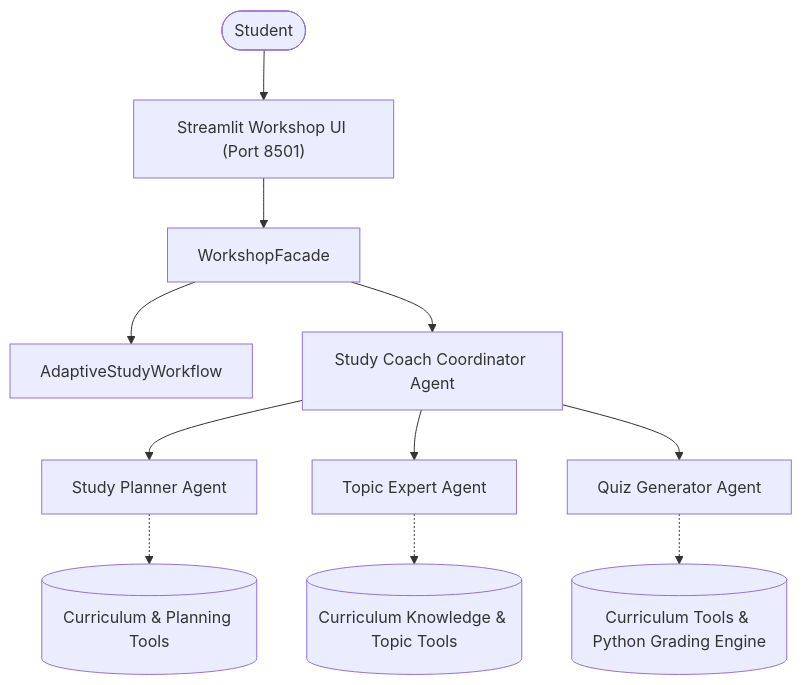
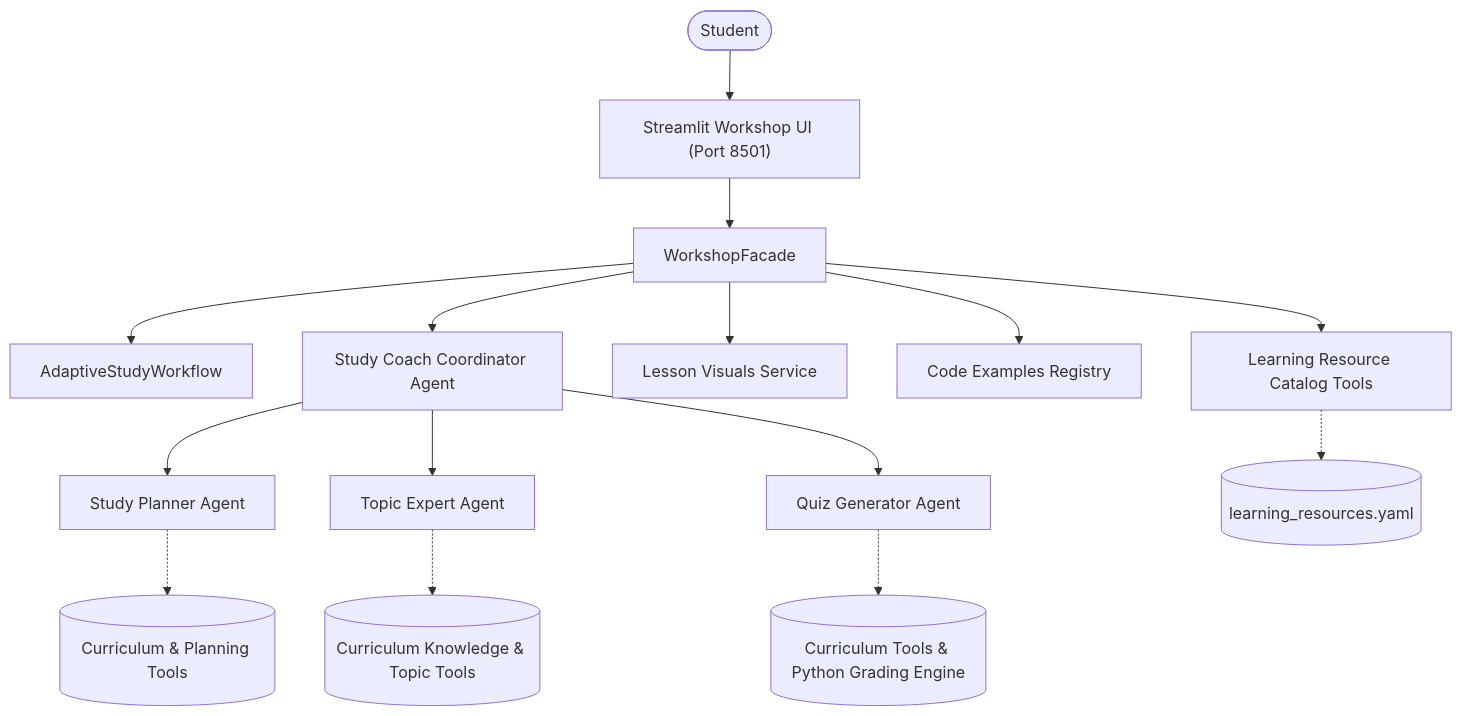
Before and after one commit to harshjangid1015/gemini-adk-study-coach-lab: the diagram in docs/architecture.md, drawn with Mermaid. The commit also changed other lines of this file and 19 other files, not shown here.

Commit message:
feat(m6): enrich lessons with resources and visuals

````diff
--- a/docs/architecture.md
+++ b/docs/architecture.md
@@ -3,15 +3,19 @@
 ```mermaid
 graph TD
     User([Student]) --> UI["Streamlit Workshop UI (Port 8501)"]
     UI --> Facade["WorkshopFacade"]
     Facade --> Workflow["AdaptiveStudyWorkflow"]
     Facade --> Coordinator["Study Coach Coordinator Agent"]
+    Facade --> Visuals["Lesson Visuals Service"]
+    Facade --> Examples["Code Examples Registry"]
+    Facade --> ResTools["Learning Resource Catalog Tools"]
     
     Coordinator --> Planner["Study Planner Agent"]
     Coordinator --> Expert["Topic Expert Agent"]
     Coordinator --> Quiz["Quiz Generator Agent"]
     
     Planner -.-> Profile[("Curriculum & Planning Tools")]
     Expert -.-> Docs[("Curriculum Knowledge & Topic Tools")]
     Quiz -.-> QBank[("Curriculum Tools & Python Grading Engine")]
+    ResTools -.-> Catalog[("learning_resources.yaml")]
 ```
````
